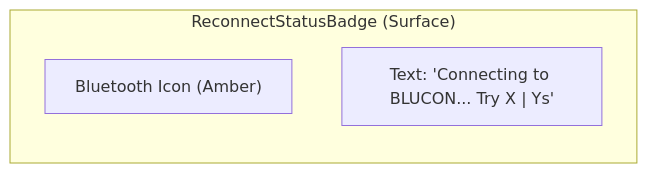
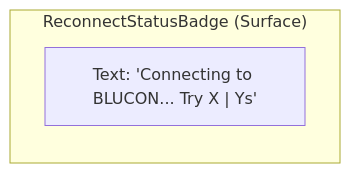
Before and after one commit to AdhiAdithyan/CallQTV: the second of 4 diagrams in docs/WIREFRAMES.md, drawn with Mermaid. The commit also changed other lines of this file and 8 other files, not shown here.

````diff
--- a/docs/WIREFRAMES.md
+++ b/docs/WIREFRAMES.md
@@ -42,7 +42,6 @@
 ```mermaid
 graph LR
     subgraph Badge ["ReconnectStatusBadge (Surface)"]
-        A["Bluetooth Icon (Amber)"]
         B["Text: 'Connecting to BLUCON... Try X | Ys'"]
     end
 ```
````
